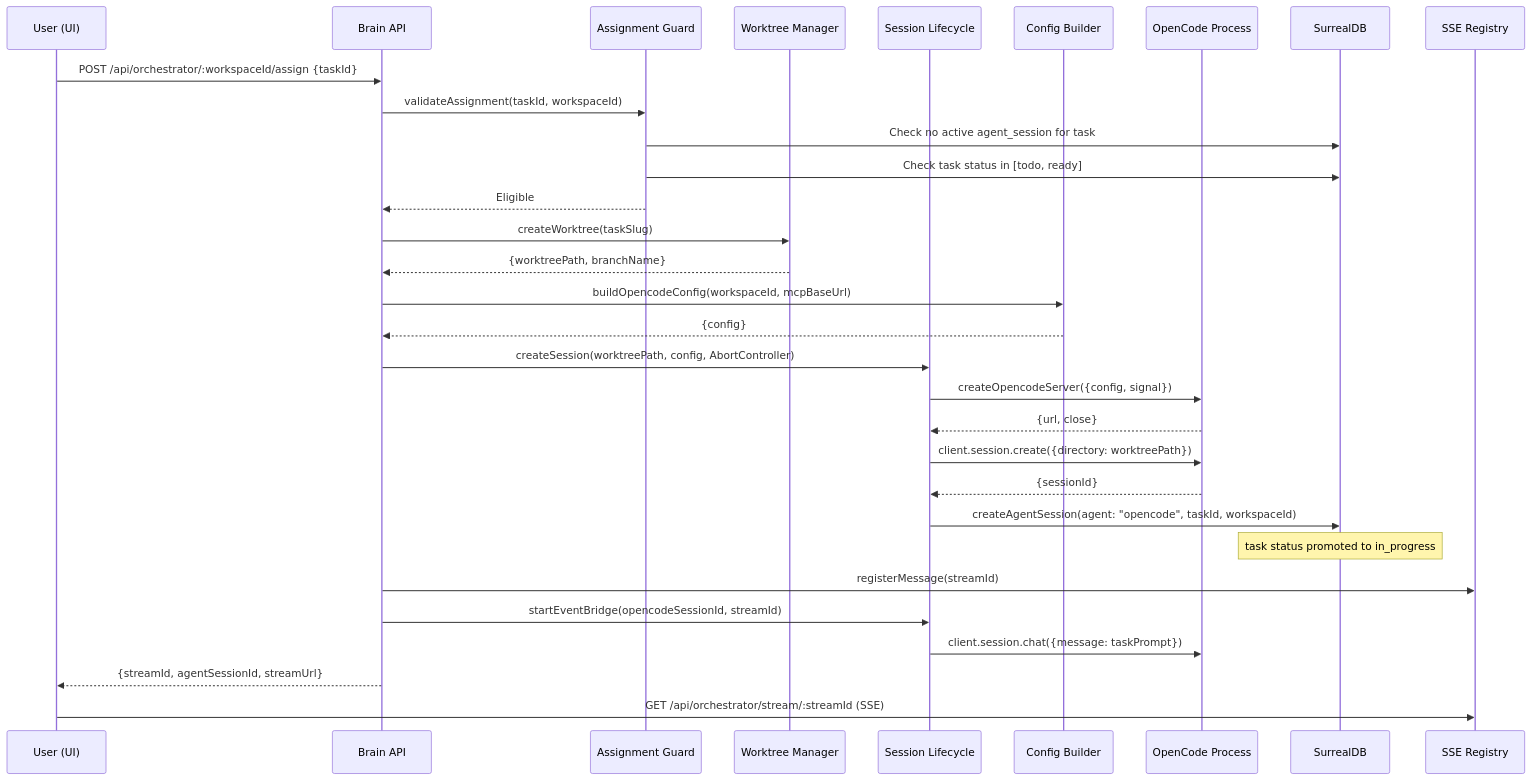
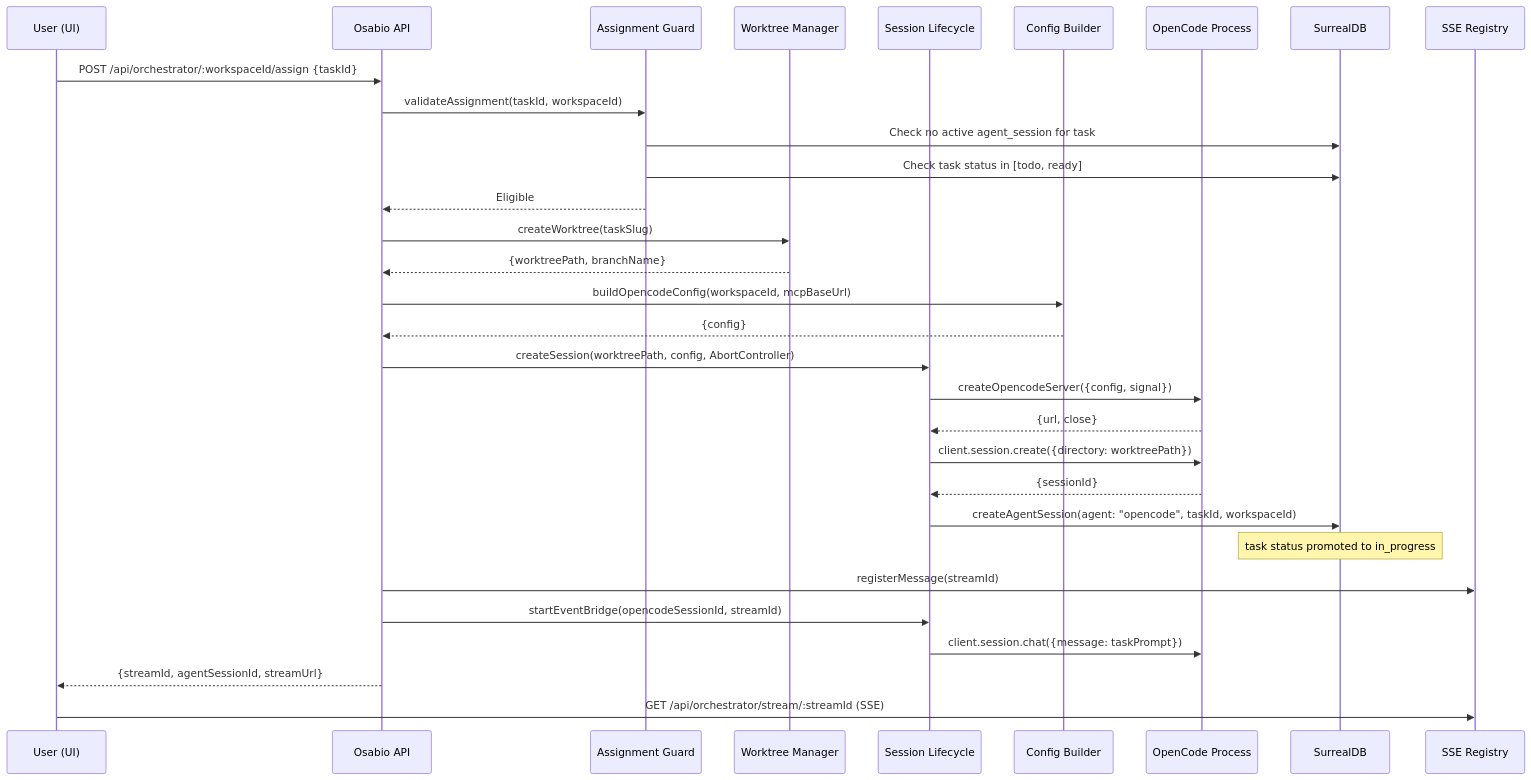
The fourth of 6 diagrams in docs/feature/coding-agent-orchestrator/design/architecture-design.md (marcus-sa/osabio), drawn with Mermaid before and after one commit. The commit also changed other lines of this file and 525 other files, not shown here.

First line of the commit message:
refactor: rename brain to osabio (#203)

````diff
--- a/docs/feature/coding-agent-orchestrator/design/architecture-design.md
+++ b/docs/feature/coding-agent-orchestrator/design/architecture-design.md
@@ -141,40 +141,40 @@
 ```mermaid
 sequenceDiagram
     participant U as User (UI)
-    participant API as Brain API
+    participant API as Osabio API
     participant G as Assignment Guard
     participant W as Worktree Manager
     participant L as Session Lifecycle
     participant CB as Config Builder
     participant OC as OpenCode Process
     participant DB as SurrealDB
     participant SSE as SSE Registry
 
     U->>API: POST /api/orchestrator/:workspaceId/assign {taskId}
     API->>G: validateAssignment(taskId, workspaceId)
     G->>DB: Check no active agent_session for task
     G->>DB: Check task status in [todo, ready]
     G-->>API: Eligible
 
     API->>W: createWorktree(taskSlug)
     W-->>API: {worktreePath, branchName}
 
     API->>CB: buildOpencodeConfig(workspaceId, mcpBaseUrl)
     CB-->>API: {config}
 
     API->>L: createSession(worktreePath, config, AbortController)
     L->>OC: createOpencodeServer({config, signal})
     OC-->>L: {url, close}
     L->>OC: client.session.create({directory: worktreePath})
     OC-->>L: {sessionId}
 
     L->>DB: createAgentSession(agent: "opencode", taskId, workspaceId)
     Note over DB: task status promoted to in_progress
 
     API->>SSE: registerMessage(streamId)
     API->>L: startEventBridge(opencodeSessionId, streamId)
     L->>OC: client.session.chat({message: taskPrompt})
 
     API-->>U: {streamId, agentSessionId, streamUrl}
     U->>SSE: GET /api/orchestrator/stream/:streamId (SSE)
 ```
````
